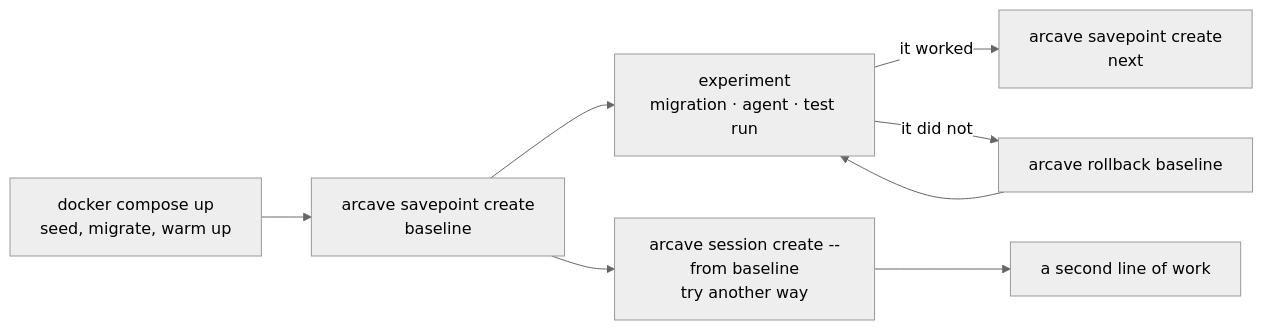
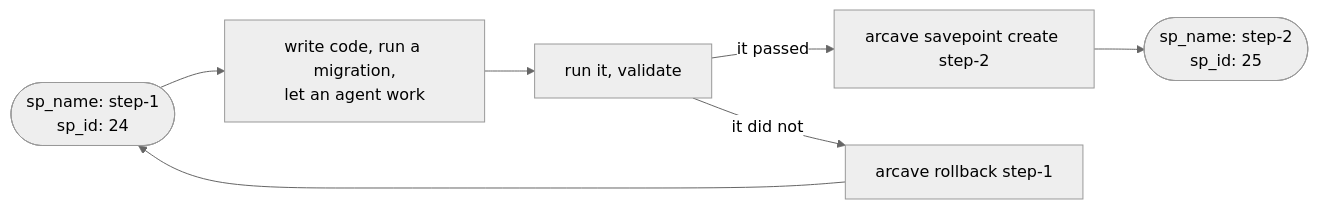
The fourth of 4 diagrams in docs/index.md (GreenmaskIO/arcave), drawn with Mermaid (neutral theme) before and after one commit. The commit also changed other lines of this file and 238 other files, not shown here.

````diff
--- a/docs/index.md
+++ b/docs/index.md
@@ -29,10 +113,9 @@
 ```mermaid
 flowchart LR
-    U["docker compose up<br/>seed, migrate, warm up"] --> S["arcave savepoint create<br/>baseline"]
-    S --> W["experiment<br/>migration · agent · test run"]
-    W -->|it worked| N["arcave savepoint create<br/>next"]
-    W -->|it did not| R["arcave rollback baseline"]
-    R --> W
-    S --> B["arcave session create --from baseline<br/>try another way"]
-    B --> W2["a second line of work"]
+    P0(["sp_name: step-1<br/>sp_id: 24"]) --> W["write code, run a migration,<br/>let an agent work"]
+    W --> V["run it, validate"]
+    V -- "it passed" --> C["arcave savepoint create step-2"]
+    C --> P1(["sp_name: step-2<br/>sp_id: 25"])
+    V -- "it did not" --> R["arcave rollback step-1"]
+    R --> P0
 ```
````
